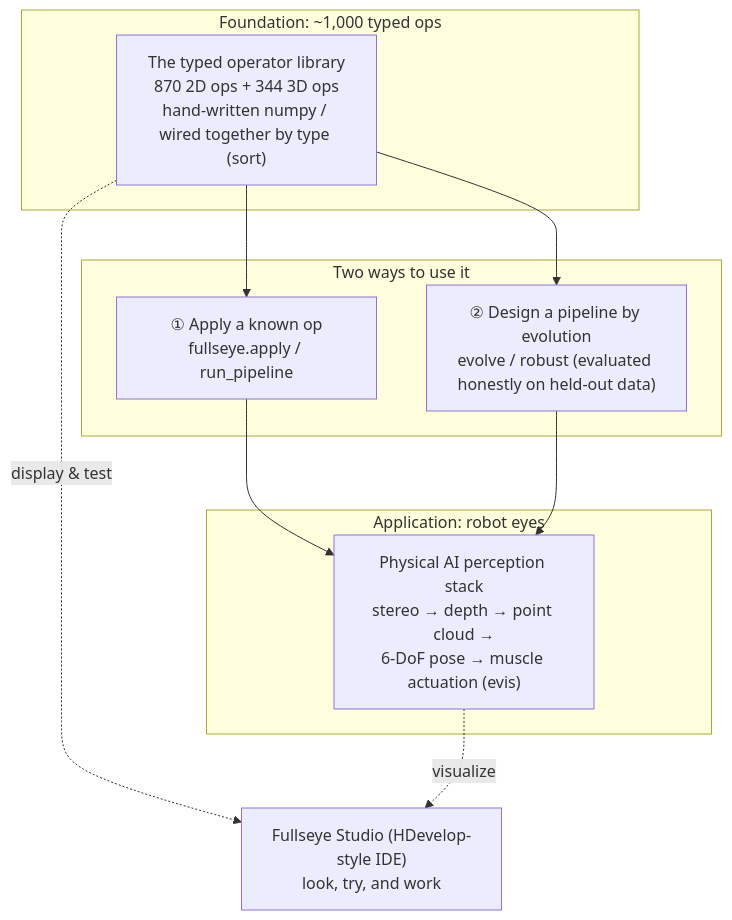
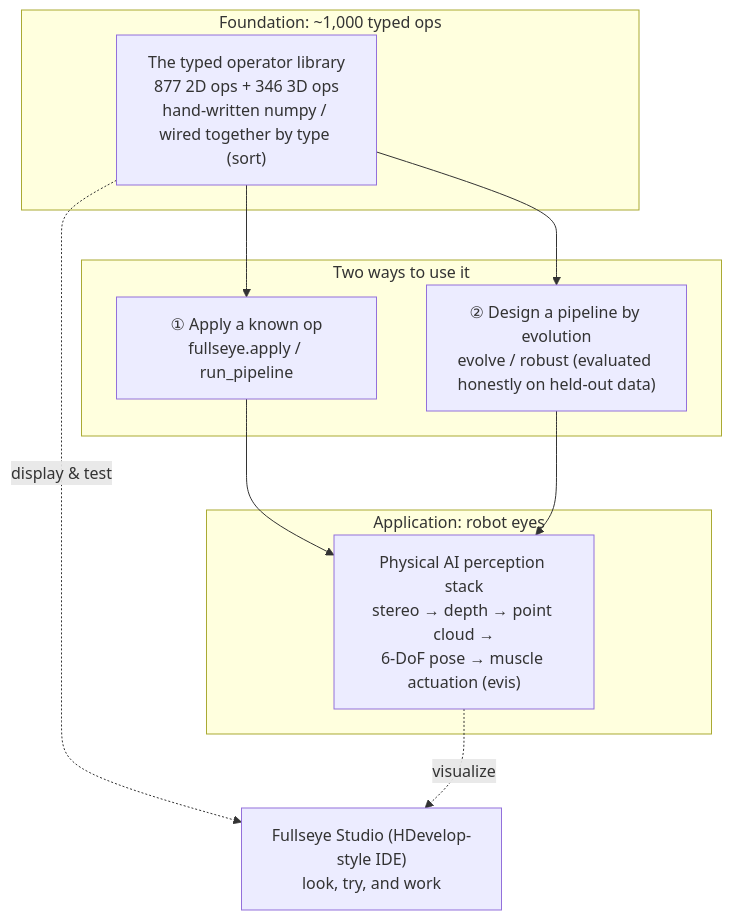
The first of 3 diagrams in docs/articles/fullseye_overview_qiita_en.md (furuse-kazufumi/fullseye), drawn with Mermaid before and after one commit. The commit also changed other lines of this file and 30 other files, not shown here.

````diff
--- a/docs/articles/fullseye_overview_qiita_en.md
+++ b/docs/articles/fullseye_overview_qiita_en.md
@@ -201,19 +211,19 @@
 ```mermaid
 flowchart TB
     subgraph L0["Foundation: ~1,000 typed ops"]
-        OPS["The typed operator library<br/>870 2D ops + 344 3D ops<br/>hand-written numpy / wired together by type (sort)"]
+        OPS["The typed operator library<br/>877 2D ops + 346 3D ops<br/>hand-written numpy / wired together by type (sort)"]
     end
     subgraph L1["Two ways to use it"]
         APPLY["① Apply a known op<br/>fullseye.apply / run_pipeline"]
         EVO["② Design a pipeline by evolution<br/>evolve / robust (evaluated honestly on held-out data)"]
     end
     subgraph L2["Application: robot eyes"]
         PERC["Physical AI perception stack<br/>stereo → depth → point cloud →<br/>6-DoF pose → muscle actuation (evis)"]
     end
     STUDIO["Fullseye Studio (HDevelop-style IDE)<br/>look, try, and work"]
 
     OPS --> APPLY --> PERC
     OPS --> EVO --> PERC
     OPS -.display & test.-> STUDIO
     PERC -.visualize.-> STUDIO
 ```
````
